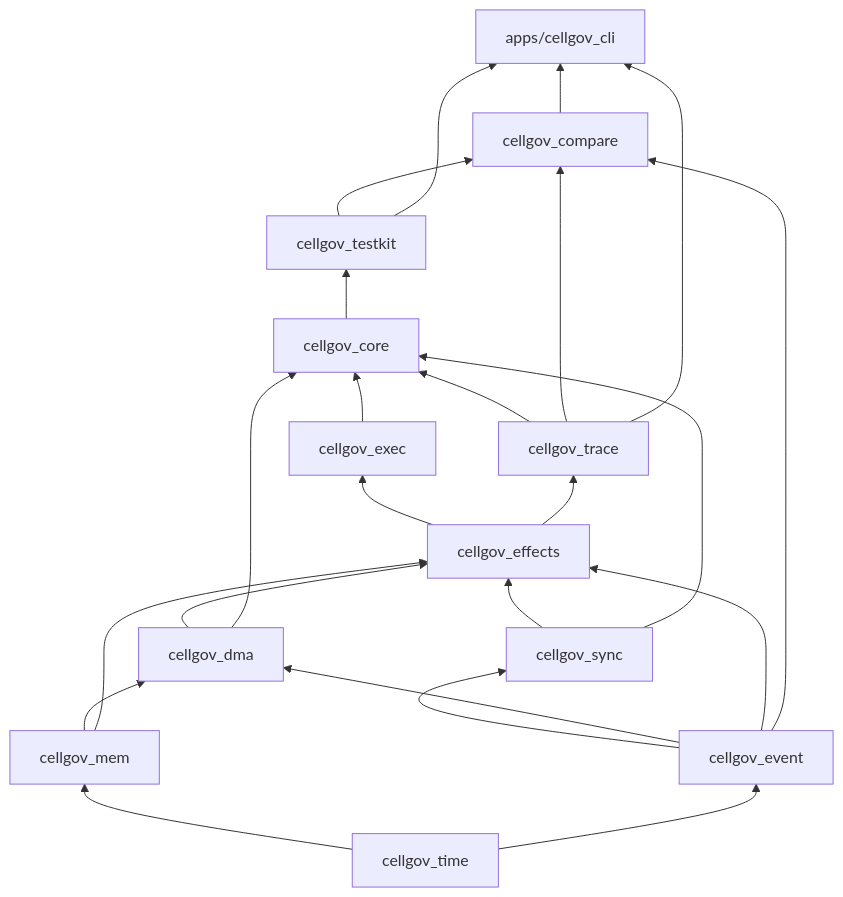
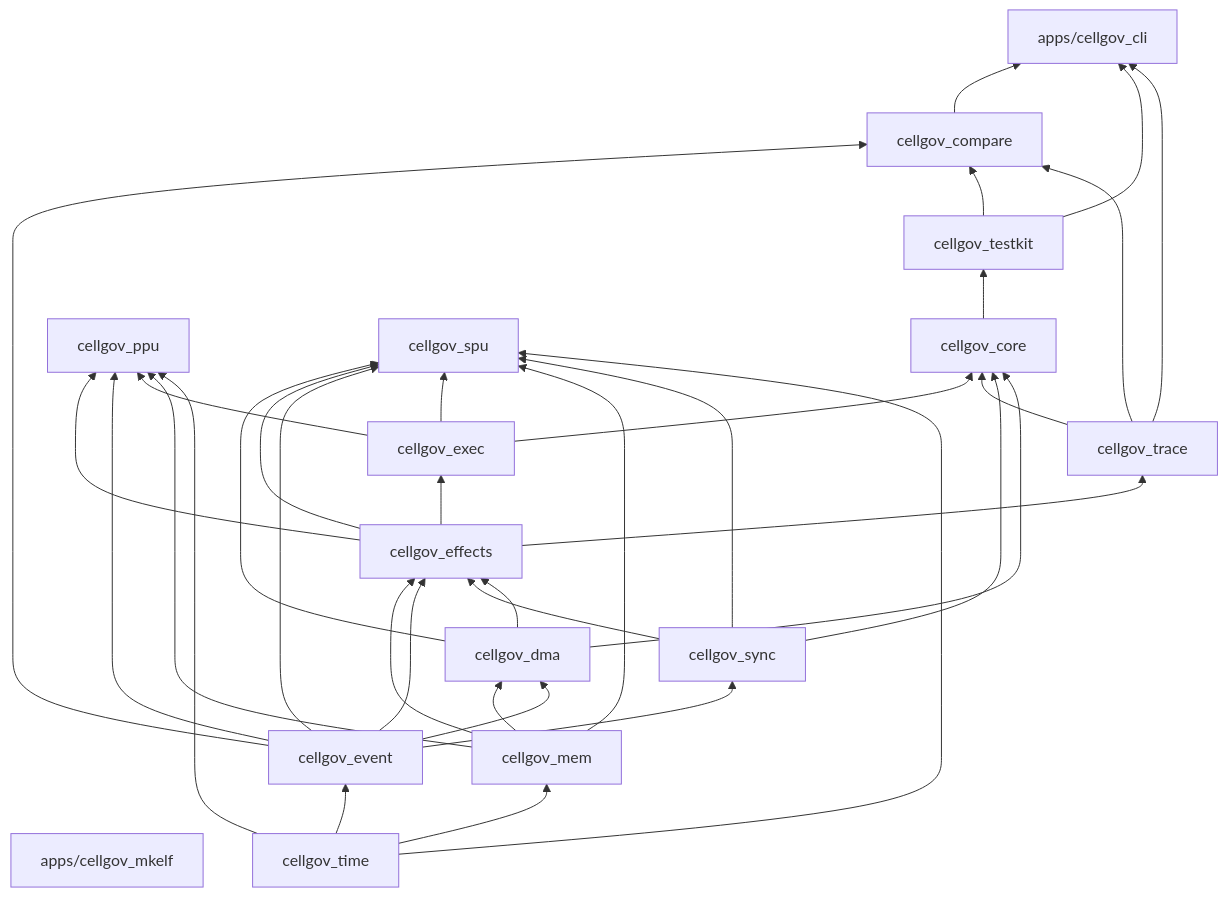
Before and after one commit to RoyalAce22/CellGov: the diagram in docs/architecture.md, drawn with Mermaid. The commit also changed other lines of this file and 31 other files, not shown here.

Commit message:
feat(ppu,spu): PPU and SPU interpreters with ELF loaders matching RPCS3 baselines

````diff
--- a/docs/architecture.md
+++ b/docs/architecture.md
@@ -52,45 +57,62 @@
 ```mermaid
 graph BT
   cli["apps/cellgov_cli"]
+  mkelf["apps/cellgov_mkelf"]
   compare[cellgov_compare]
   testkit[cellgov_testkit]
   core[cellgov_core]
+  ppu[cellgov_ppu]
+  spu[cellgov_spu]
   exec[cellgov_exec]
   trace[cellgov_trace]
   sync[cellgov_sync]
   dma[cellgov_dma]
   effects[cellgov_effects]
   mem[cellgov_mem]
   event[cellgov_event]
   time[cellgov_time]
 
   time --> mem
   time --> event
 
   event --> sync
   mem --> dma
   event --> dma
 
   mem --> effects
   event --> effects
   sync --> effects
   dma --> effects
 
   effects --> exec
   effects --> trace
 
   exec --> core
   trace --> core
   sync --> core
   dma --> core
 
   core --> testkit
 
   event --> compare
   testkit --> compare
   trace --> compare
 
+  effects --> ppu
+  event --> ppu
+  exec --> ppu
+  mem --> ppu
+  time --> ppu
+
+  dma --> spu
+  effects --> spu
+  event --> spu
+  exec --> spu
+  mem --> spu
+  sync --> spu
+  time --> spu
+
   compare --> cli
   testkit --> cli
   trace --> cli
 ```
````
